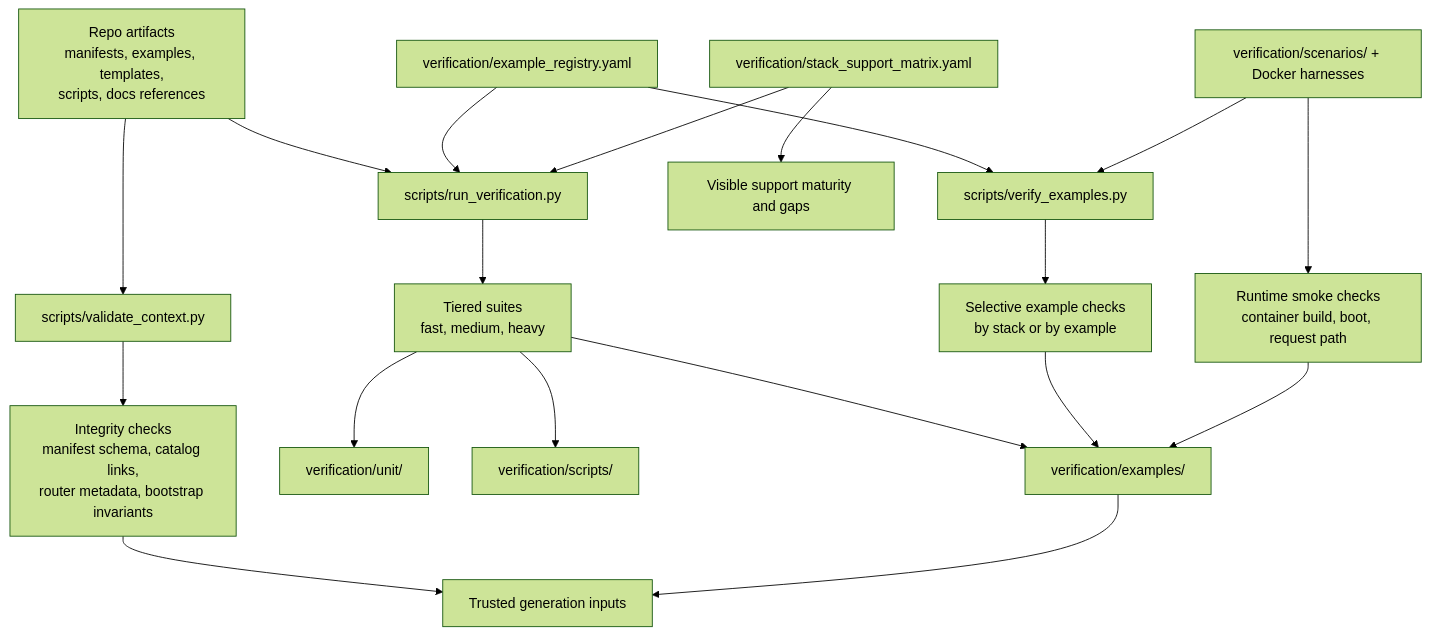
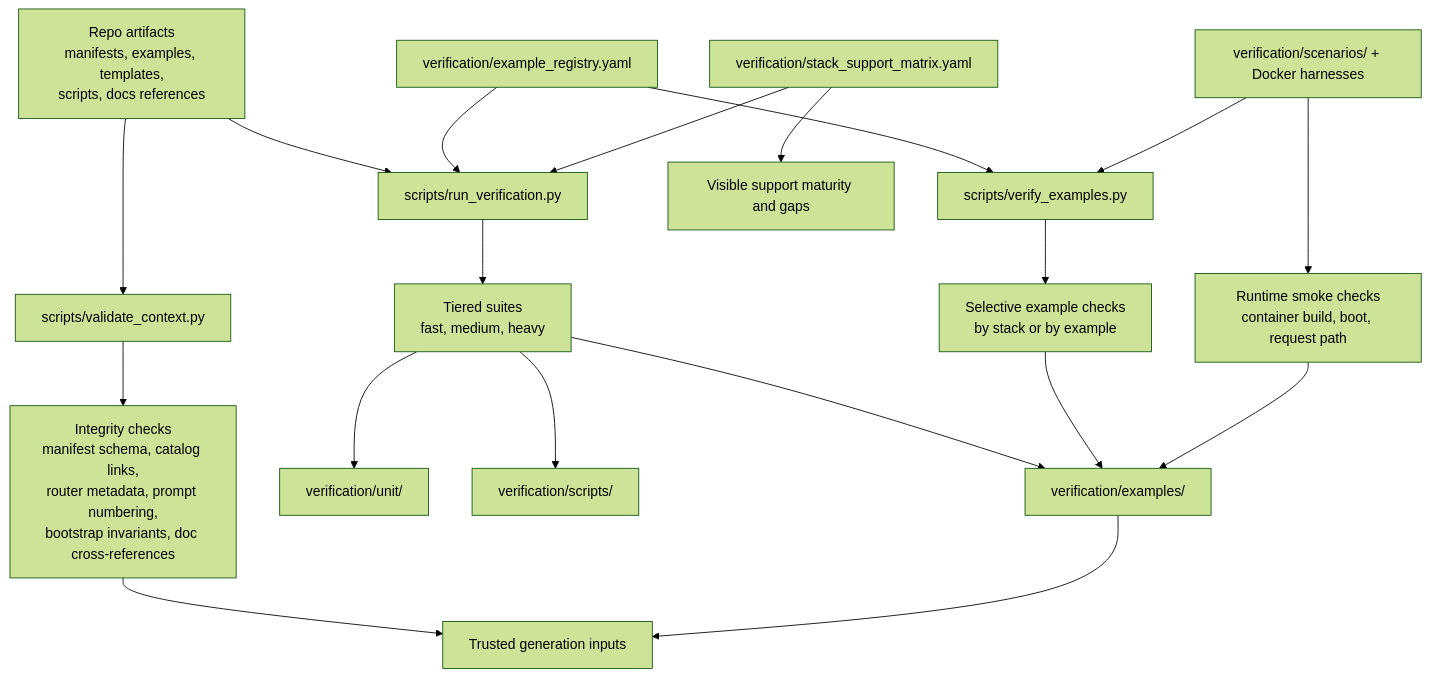
One commit to someflydev/agent-context-base changed the fifth of 6 diagrams in docs/ARCHITECTURE_MAP.md. Above: the diagram before and after it, drawn with Mermaid (forest theme). The commit also changed other lines of this file and 2 other files, not shown here.

First line of the commit message:
[PROMPT_69] Batch 1: ARCHITECTURE_MAP.md — fix three stale diagram nodes

````diff
--- a/docs/ARCHITECTURE_MAP.md
+++ b/docs/ARCHITECTURE_MAP.md
@@ -116,24 +116,24 @@
 ```mermaid
 flowchart TB
     A[Repo artifacts<br/>manifests, examples, templates,<br/>scripts, docs references] --> B[scripts/validate_context.py]
     A --> C[scripts/run_verification.py]
     D[verification/example_registry.yaml] --> C
     D --> E[scripts/verify_examples.py]
     F[verification/stack_support_matrix.yaml] --> C
     G[verification/scenarios/ + Docker harnesses] --> E
 
-    B --> H[Integrity checks<br/>manifest schema, catalog links,<br/>router metadata, bootstrap invariants]
+    B --> H[Integrity checks<br/>manifest schema, catalog links,<br/>router metadata, prompt numbering,<br/>bootstrap invariants, doc cross-references]
     C --> I[Tiered suites<br/>fast, medium, heavy]
     E --> J[Selective example checks<br/>by stack or by example]
     G --> K[Runtime smoke checks<br/>container build, boot, request path]
 
     I --> L[verification/unit/]
     I --> M[verification/scripts/]
     I --> N[verification/examples/]
     J --> N
     K --> N
 
     H --> O[Trusted generation inputs]
     N --> O
     F --> P[Visible support maturity and gaps]
 ```
````
